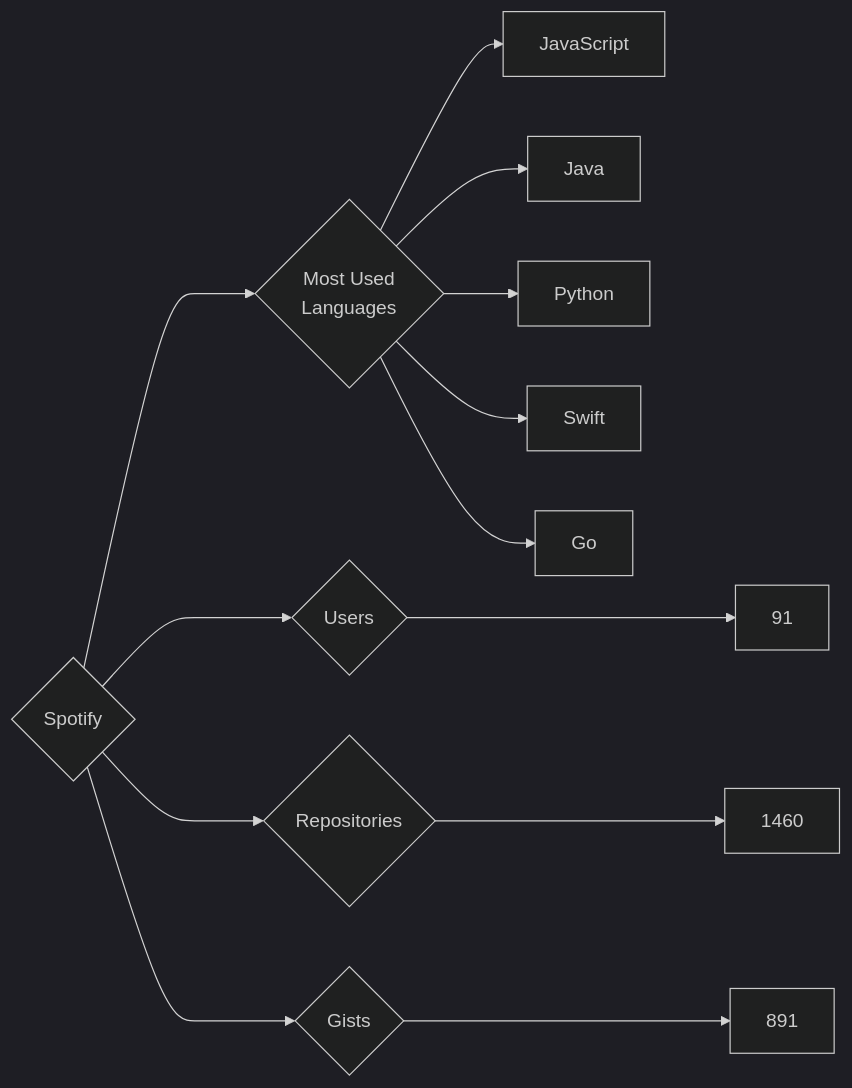
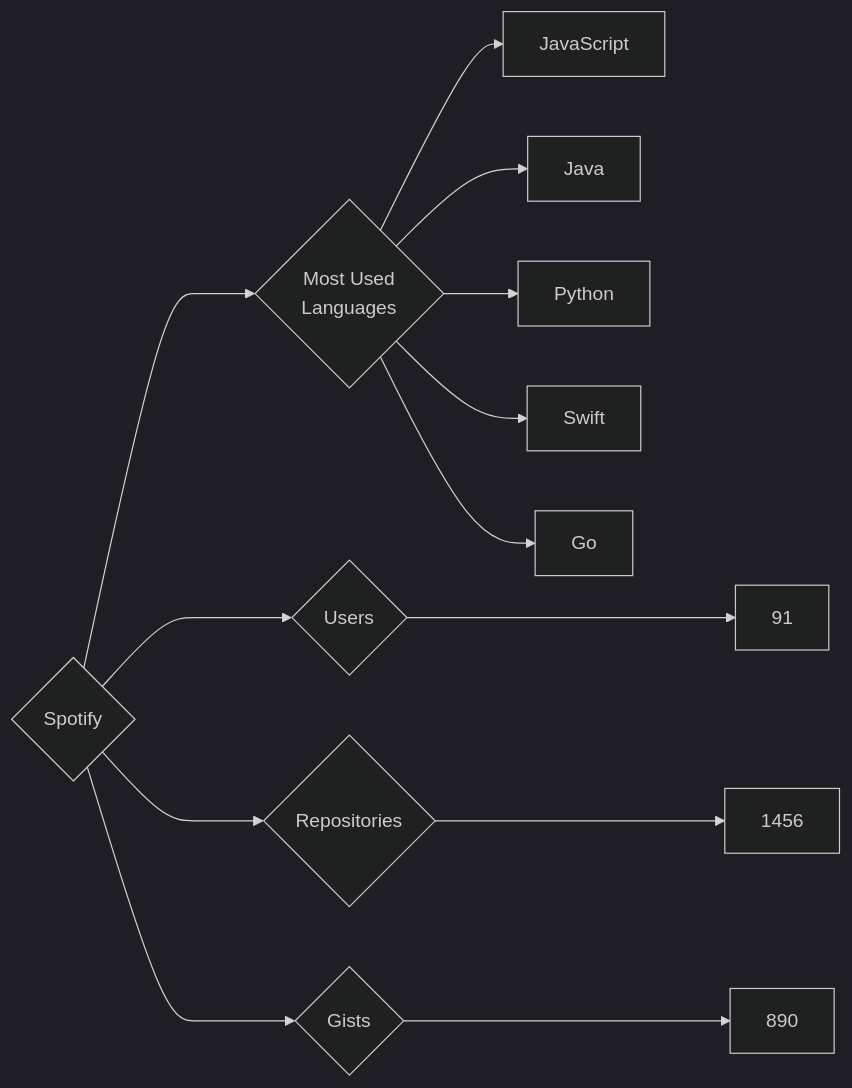
One commit to trickest/insiders changed the diagram in targets/Spotify/README.md. Above: the diagram before and after it, drawn with Mermaid (dark theme). The commit also changed 964 other files, not shown here.

````diff
--- a/targets/Spotify/README.md
+++ b/targets/Spotify/README.md
@@ -3,13 +3,13 @@
 ```mermaid
 graph LR
 COMPANY_NAME{Spotify}
 COMPANY_NAME ---> U{Users} ---> UN[91]
-COMPANY_NAME ---> R{Repositories} ---> RN[1460]
-COMPANY_NAME ---> G{Gists} ---> GN[891]
+COMPANY_NAME ---> R{Repositories} ---> RN[1456]
+COMPANY_NAME ---> G{Gists} ---> GN[890]
 COMPANY_NAME ---> ML{Most Used<br>Languages}
 ML --> JavaScript[JavaScript]
 ML --> Java[Java]
 ML --> Python[Python]
 ML --> Swift[Swift]
 ML --> Go[Go]
 ```
````
